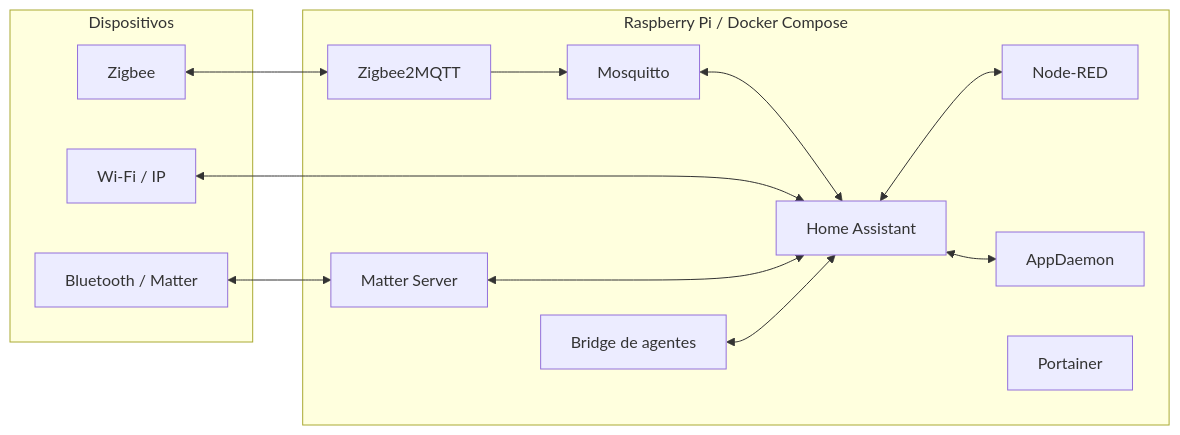
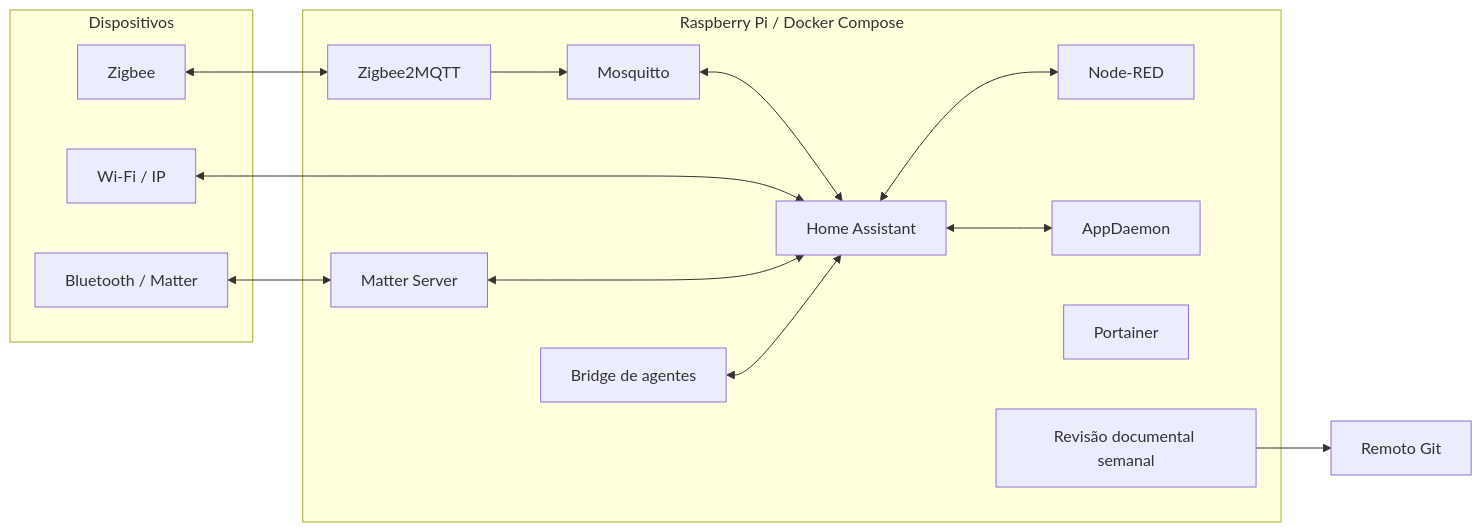
The diagram in README.md (gabrafur/my_smart_home), drawn with Mermaid before and after one commit. The commit also changed other lines of this file and 17 other files, not shown here.

````diff
--- a/README.md
+++ b/README.md
@@ -22,26 +22,28 @@
 ```mermaid
 flowchart LR
     subgraph Devices[Dispositivos]
         ZB[Zigbee]
         IP[Wi-Fi / IP]
         BLE[Bluetooth / Matter]
     end
 
     subgraph Host[Raspberry Pi / Docker Compose]
         Z2M[Zigbee2MQTT]
         MQ[Mosquitto]
         HA[Home Assistant]
         NR[Node-RED]
         AD[AppDaemon]
         MAT[Matter Server]
         PT[Portainer]
         BR[Bridge de agentes]
+        DOC[Revisão documental semanal]
     end
 
     ZB <--> Z2M --> MQ <--> HA
     IP <--> HA
     BLE <--> MAT <--> HA
     HA <--> NR
     HA <--> AD
     BR <--> HA
+    DOC --> GIT[Remoto Git]
 ```
````
